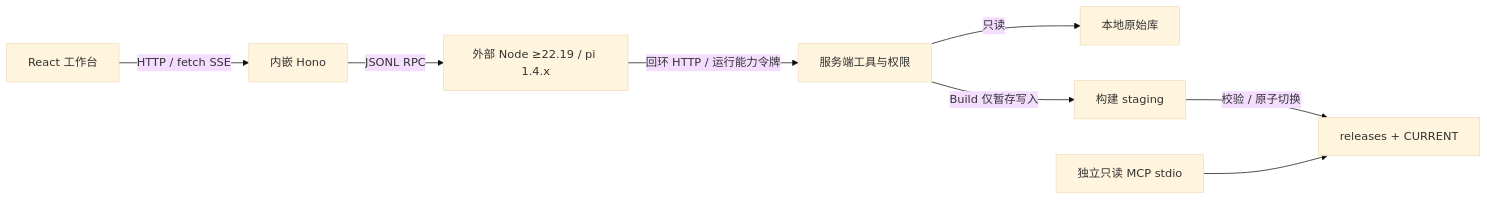
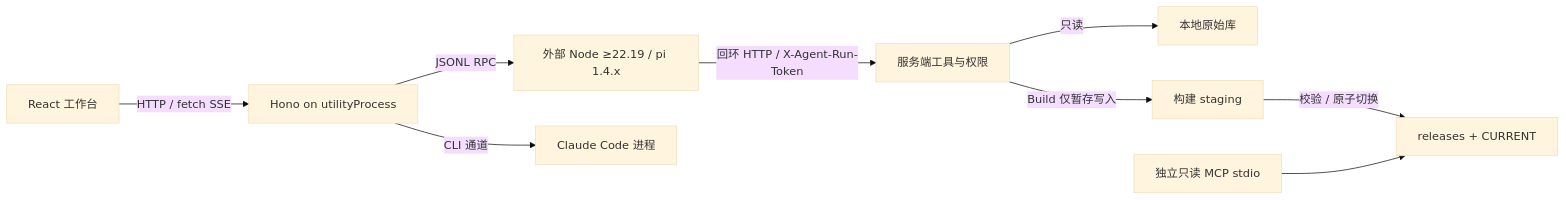
Before and after one commit to runrunrain/feishu-sync: the second of 2 diagrams in docs/architecture.md, drawn with Mermaid (base theme). The commit also changed other lines of this file and 270 other files, not shown here.

````diff
--- a/docs/architecture.md
+++ b/docs/architecture.md
@@ -71,10 +114,11 @@
 ```mermaid
 flowchart LR
-    UI[React 工作台] -->|HTTP / fetch SSE| API[内嵌 Hono]
+    UI[React 工作台] -->|HTTP / fetch SSE| API[Hono on utilityProcess]
     API -->|JSONL RPC| PI[外部 Node ≥22.19 / pi 1.4.x]
-    PI -->|回环 HTTP / 运行能力令牌| TOOLS[服务端工具与权限]
+    API -->|CLI 通道| CLAUDE[Claude Code 进程]
+    PI -->|回环 HTTP / X-Agent-Run-Token| TOOLS[服务端工具与权限]
     TOOLS -->|只读| RAW[本地原始库]
     TOOLS -->|Build 仅暂存写入| STAGE[构建 staging]
     STAGE -->|校验 / 原子切换| KB[releases + CURRENT]
     MCP[独立只读 MCP stdio] --> KB
 ```
````
